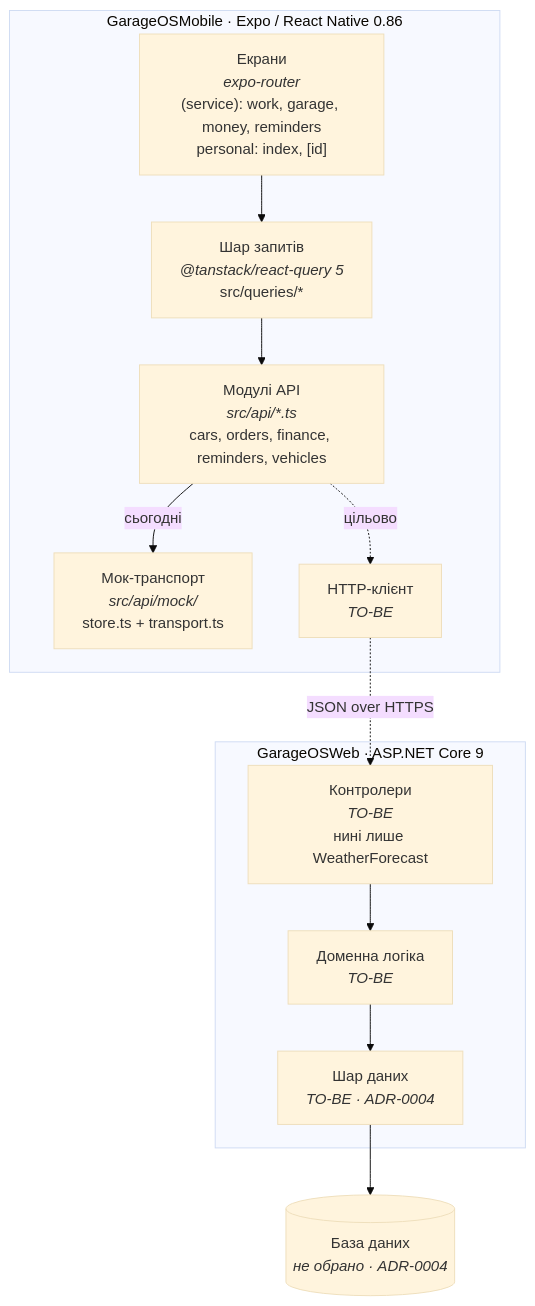
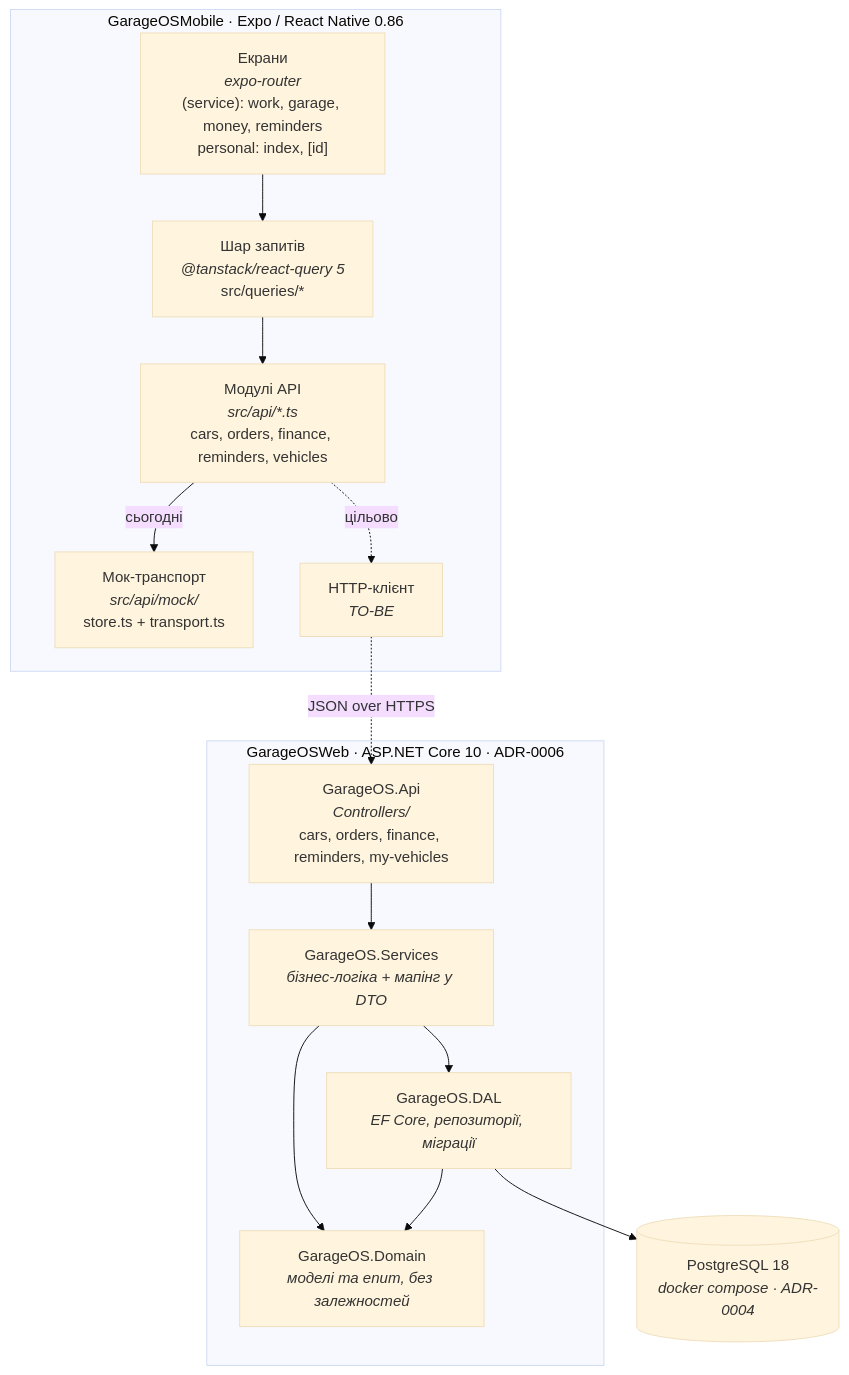
The diagram in docs/atlas/01-containers.md (maksymkrat/GarageOS), drawn with Mermaid (base theme) before and after one commit. The commit also changed other lines of this file and 95 other files, not shown here.

````diff
--- a/docs/atlas/01-containers.md
+++ b/docs/atlas/01-containers.md
@@ -5,27 +5,30 @@
 ```mermaid
 flowchart TB
     subgraph client["GarageOSMobile · Expo / React Native 0.86"]
         screens["Екрани<br/><i>expo-router</i><br/>(service): work, garage, money, reminders<br/>personal: index, [id]"]
         queries["Шар запитів<br/><i>@tanstack/react-query 5</i><br/>src/queries/*"]
         apimod["Модулі API<br/><i>src/api/*.ts</i><br/>cars, orders, finance, reminders, vehicles"]
         mock["Мок-транспорт<br/><i>src/api/mock/</i><br/>store.ts + transport.ts"]
         http["HTTP-клієнт<br/><i>TO-BE</i>"]
     end
 
-    subgraph server["GarageOSWeb · ASP.NET Core 9"]
-        ctrl["Контролери<br/><i>TO-BE</i><br/>нині лише WeatherForecast"]
-        domain["Доменна логіка<br/><i>TO-BE</i>"]
-        data["Шар даних<br/><i>TO-BE · ADR-0004</i>"]
+    subgraph server["GarageOSWeb · ASP.NET Core 10 · ADR-0006"]
+        ctrl["GarageOS.Api<br/><i>Controllers/</i><br/>cars, orders, finance, reminders, my-vehicles"]
+        svc["GarageOS.Services<br/><i>бізнес-логіка + мапінг у DTO</i>"]
+        dom["GarageOS.Domain<br/><i>моделі та enum, без залежностей</i>"]
+        data["GarageOS.DAL<br/><i>EF Core, репозиторії, міграції</i>"]
     end
 
-    db[("База даних<br/><i>не обрано · ADR-0004</i>")]
+    db[("PostgreSQL 18<br/><i>docker compose · ADR-0004</i>")]
 
     screens --> queries
     queries --> apimod
     apimod -->|сьогодні| mock
     apimod -.->|цільово| http
     http -.->|JSON over HTTPS| ctrl
-    ctrl --> domain
-    domain --> data
+    ctrl --> svc
+    svc --> data
+    svc --> dom
+    data --> dom
     data --> db
 ```
````
